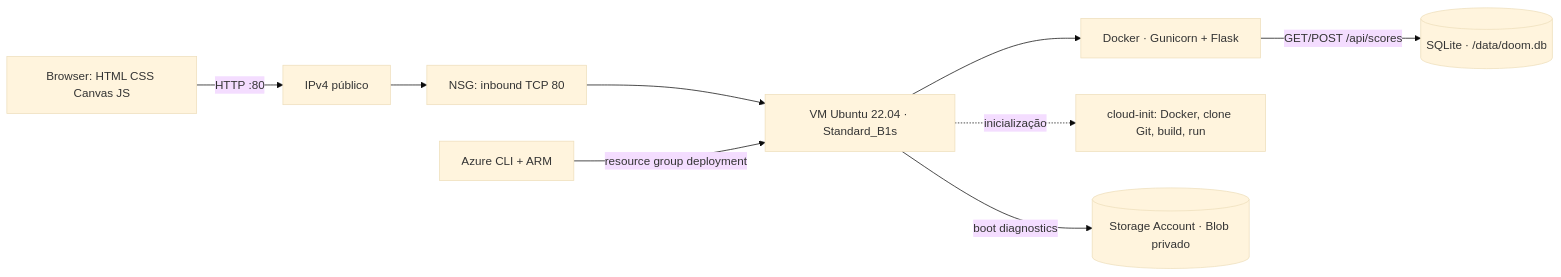
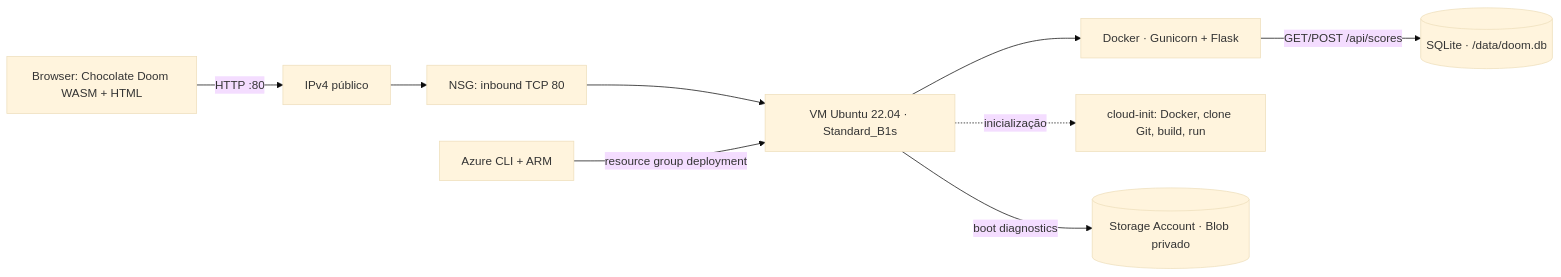
One commit to felipinhobgtom/hellfire-azure-doom changed the first of 3 diagrams in docs/relatorio.md. Above: the diagram before and after it, drawn with Mermaid (base theme). The commit also changed other lines of this file and 17 other files, not shown here.

Commit message:
Build browser Doom Azure demo

````diff
--- a/docs/relatorio.md
+++ b/docs/relatorio.md
@@ -14,11 +14,11 @@
 ```mermaid
 flowchart LR
-    B[Browser: HTML CSS Canvas JS] -->|HTTP :80| P[IPv4 público]
+    B[Browser: Chocolate Doom WASM + HTML] -->|HTTP :80| P[IPv4 público]
     P --> N[NSG: inbound TCP 80]
     N --> V[VM Ubuntu 22.04 · Standard_B1s]
     V --> D[Docker · Gunicorn + Flask]
     D -->|GET/POST /api/scores| S[(SQLite · /data/doom.db)]
     V -. inicialização .-> C[cloud-init: Docker, clone Git, build, run]
     V -->|boot diagnostics| A[(Storage Account · Blob privado)]
     T[Azure CLI + ARM] -->|resource group deployment| V
 ```
````
